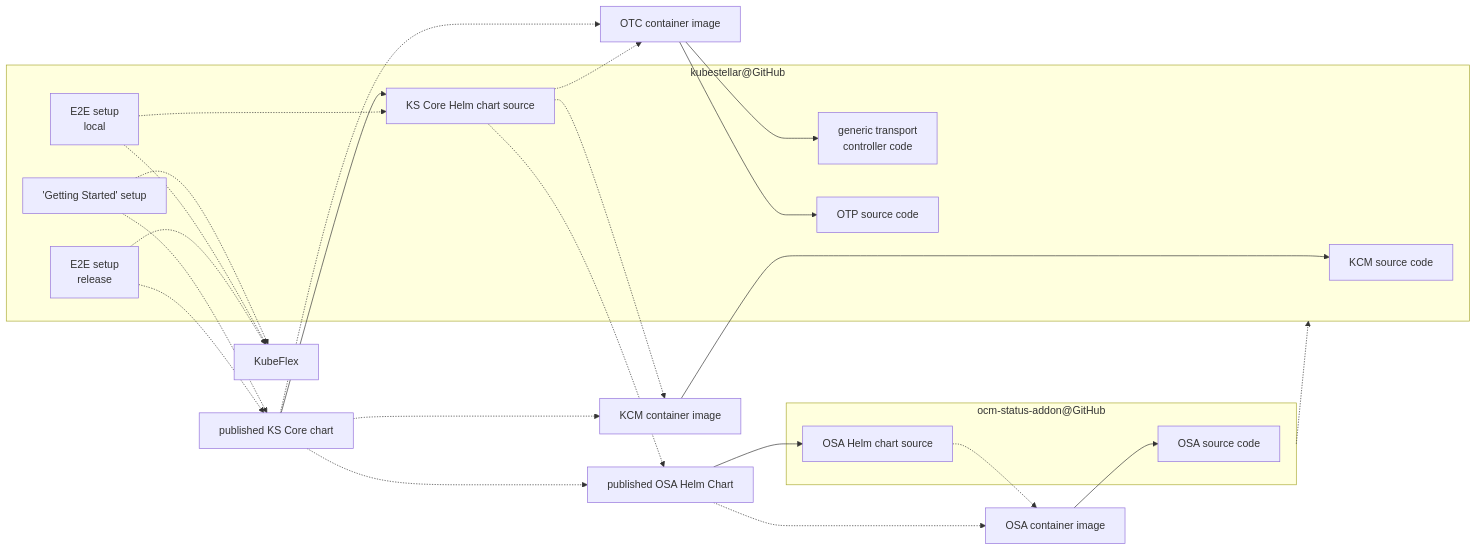
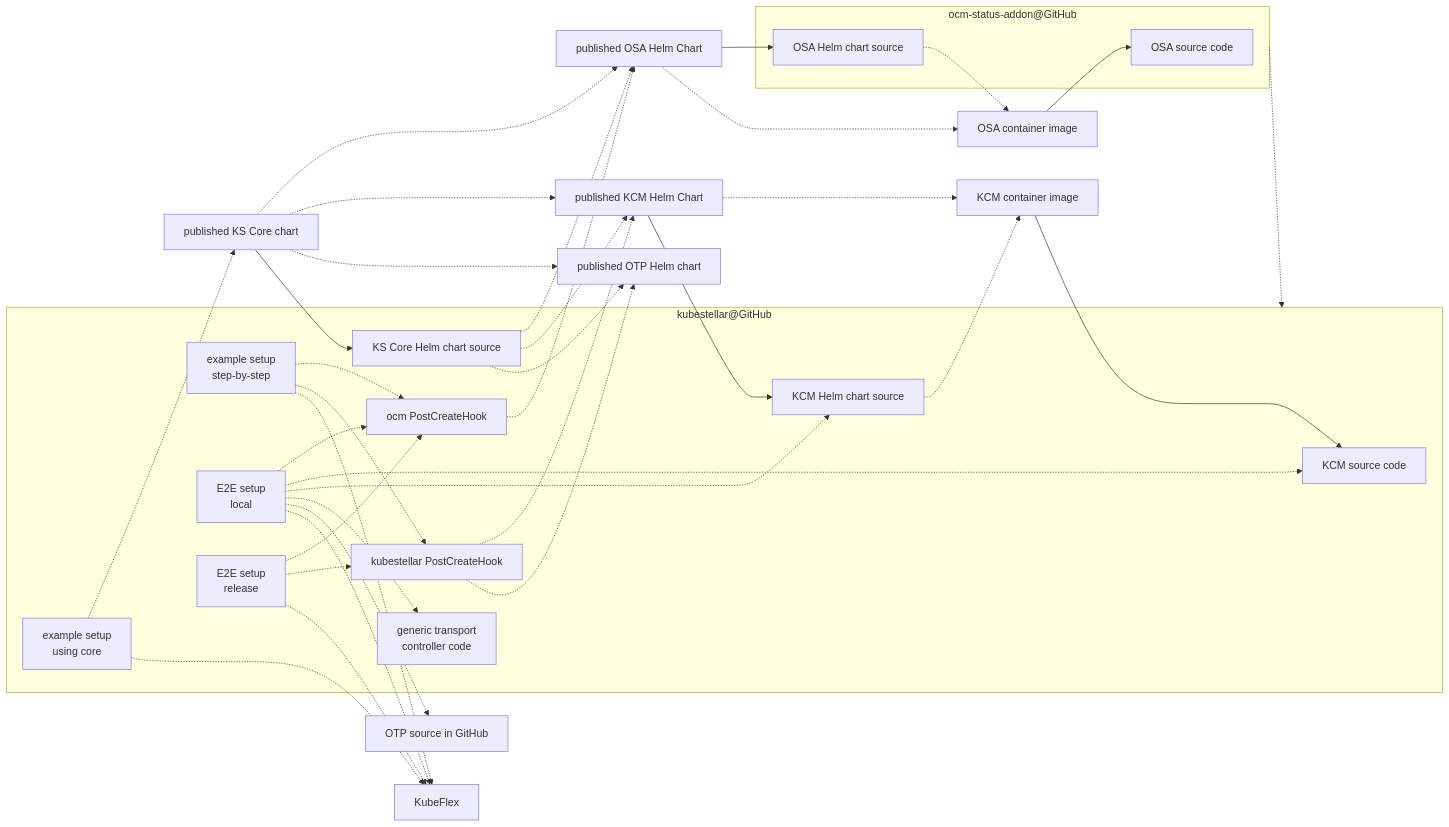
One commit to kubestellar/docs changed the fifth of 5 diagrams in docs/content/direct/packaging.md. Above: the diagram before and after it, drawn with Mermaid. The commit also changed other lines of this file and 123 other files, not shown here.

````diff
--- a/docs/content/direct/packaging.md
+++ b/docs/content/direct/packaging.md
@@ -298,38 +340,53 @@
 ```mermaid
 flowchart LR
+    otp_code["OTP source in GitHub"]
     subgraph osa_repo["ocm-status-addon@GitHub"]
     osa_code[OSA source code]
     osa_hc_src[OSA Helm chart source]
     end
     osa_ctr_image[OSA container image] --> osa_code
     osa_hc_repo[published OSA Helm Chart] --> osa_hc_src
     osa_hc_src -.-> osa_ctr_image
     osa_hc_repo -.-> osa_ctr_image
     subgraph ks_repo["kubestellar@GitHub"]
     kcm_code[KCM source code]
     gtc_code["generic transport<br>controller code"]
-    otp_code[OTP source code]
+    kcm_hc_src[KCM Helm chart source]
     ksc_hc_src[KS Core Helm chart source]
-    setup_ksc["'Getting Started' setup"]
+    ks_pch[kubestellar PostCreateHook]
+    ocm_pch["ocm PostCreateHook"]
+    setup_ksc["example setup<br>using core"]
+    setup_steps["example setup<br>step-by-step"]
     e2e_local["E2E setup<br>local"]
     e2e_release["E2E setup<br>release"]
     end
     osa_repo -.-> ks_repo
+    ocm_pch -.-> osa_hc_repo
     kcm_ctr_image[KCM container image] --> kcm_code
-    otc_ctr_image[OTC container image]
-    otc_ctr_image --> gtc_code
-    otc_ctr_image --> otp_code
+    kcm_hc_repo[published KCM Helm Chart] --> kcm_hc_src
+    kcm_hc_src -.-> kcm_ctr_image
+    kcm_hc_repo -.-> kcm_ctr_image
+    ks_pch -.-> kcm_hc_repo
+    ks_pch -.-> otp_hc_repo[published OTP Helm chart]
     ksc_hc_repo[published KS Core chart] --> ksc_hc_src
     ksc_hc_src -.-> osa_hc_repo
-    ksc_hc_src -.-> kcm_ctr_image
-    ksc_hc_src -.-> otc_ctr_image
+    ksc_hc_src -.-> kcm_hc_repo
+    ksc_hc_src -.-> otp_hc_repo
     ksc_hc_repo -.-> osa_hc_repo
-    ksc_hc_repo -.-> kcm_ctr_image
-    ksc_hc_repo -.-> otc_ctr_image
+    ksc_hc_repo -.-> kcm_hc_repo
+    ksc_hc_repo -.-> otp_hc_repo
+    setup_steps -.-> ocm_pch
+    setup_steps -.-> ks_pch
+    setup_steps -.-> KubeFlex
     setup_ksc -.-> ksc_hc_repo
     setup_ksc -.-> KubeFlex
-    e2e_local -.-> ksc_hc_src
+    e2e_local -.-> ocm_pch
+    e2e_local -.-> kcm_code
+    e2e_local -.-> kcm_hc_src
+    e2e_local -.-> gtc_code
+    e2e_local -.-> otp_code
     e2e_local -.-> KubeFlex
-    e2e_release -.-> ksc_hc_repo
+    e2e_release -.-> ocm_pch
+    e2e_release -.-> ks_pch
     e2e_release -.-> KubeFlex
 ```
````
